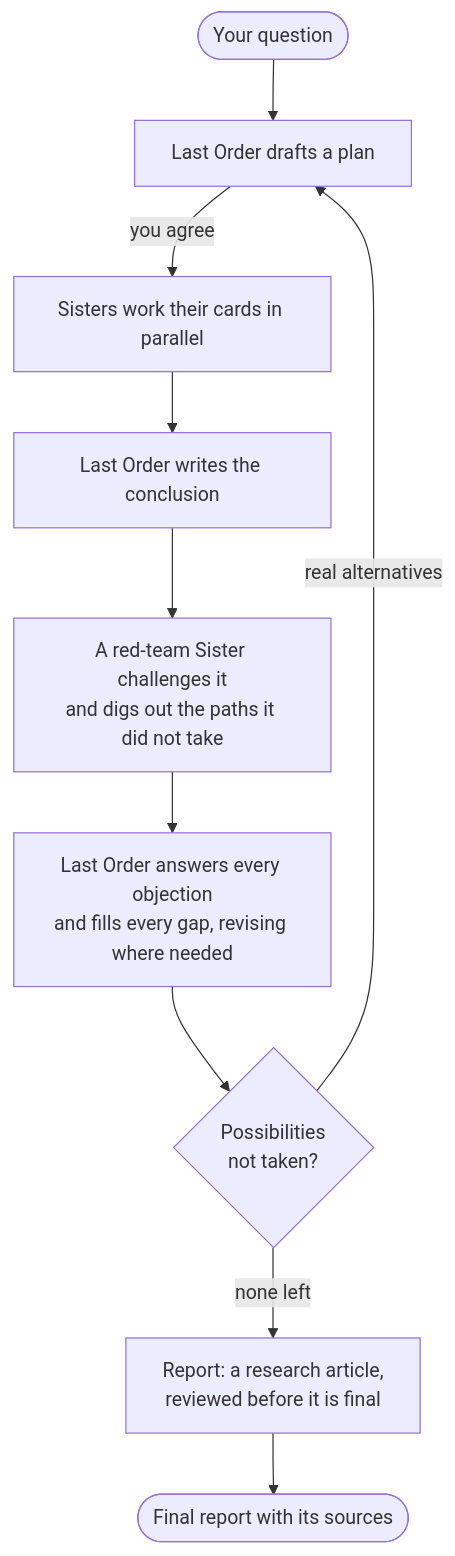
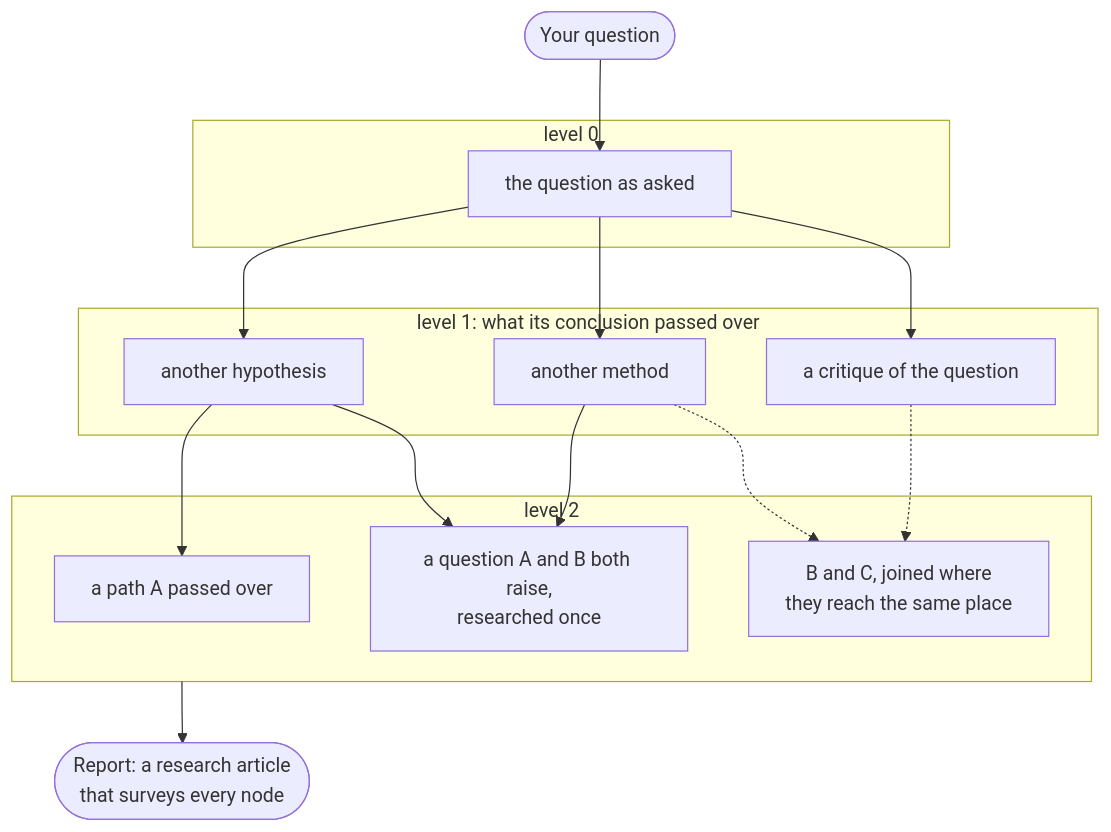
One commit to LioraRndr/Misaka-Agent changed the diagram in README.md. Above: the diagram before and after it, drawn with Mermaid. The commit also changed other lines of this file and 8 other files, not shown here.

First line of the commit message:
README 突出 MISAKA 的独到之处，研究流程图改画研究图；文档补上 Windows 说明

````diff
--- a/README.md
+++ b/README.md
@@ -76,12 +65,22 @@
 ```mermaid
 flowchart TD
-    Q(["Your question"]) --> P["Last Order drafts a plan"]
-    P -->|"you agree"| C["Sisters work their cards in parallel"]
-    C --> N["Last Order writes the conclusion"]
-    N --> R["A red-team Sister challenges it<br/>and digs out the paths it did not take"]
-    R --> A["Last Order answers every objection<br/>and fills every gap, revising where needed"]
-    A --> B{"Possibilities<br/>not taken?"}
-    B -->|"real alternatives"| P
-    B -->|"none left"| F["Report: a research article,<br/>reviewed before it is final"]
-    F --> O(["Final report with its sources"])
+    Q(["Your question"]) --> R
+    subgraph L0["level 0"]
+        R["the question as asked"]
+    end
+    subgraph L1["level 1: what its conclusion passed over"]
+        A["another hypothesis"]
+        B["another method"]
+        C["a critique of the question"]
+    end
+    subgraph L2["level 2"]
+        A1["a path A passed over"]
+        M["a question A and B both raise,<br/>researched once"]
+        J["B and C, joined where<br/>they reach the same place"]
+    end
+    R --> A & B & C
+    A --> A1
+    A & B --> M
+    B & C -.-> J
+    L2 --> F(["Report: a research article<br/>that surveys every node"])
 ```
````
